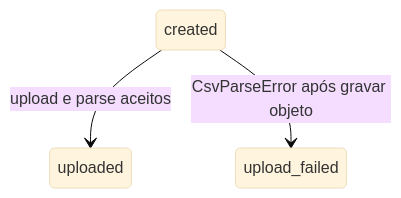
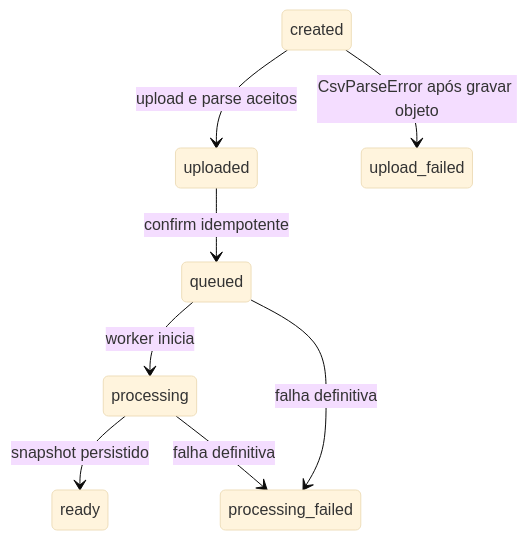
One commit to KaiD3v/openimport.io changed the diagram in backend/docs/data-model.md. Above: the diagram before and after it, drawn with Mermaid (base theme). The commit also changed other lines of this file and 8 other files, not shown here.

Commit message:
Document import confirm and async processing in backend docs.

````diff
--- a/backend/docs/data-model.md
+++ b/backend/docs/data-model.md
@@ -41,5 +48,10 @@
 ```mermaid
 stateDiagram-v2
   created --> uploaded: upload e parse aceitos
   created --> upload_failed: CsvParseError após gravar objeto
+  uploaded --> queued: confirm idempotente
+  queued --> processing: worker inicia
+  processing --> ready: snapshot persistido
+  queued --> processing_failed: falha definitiva
+  processing --> processing_failed: falha definitiva
 ```
````
